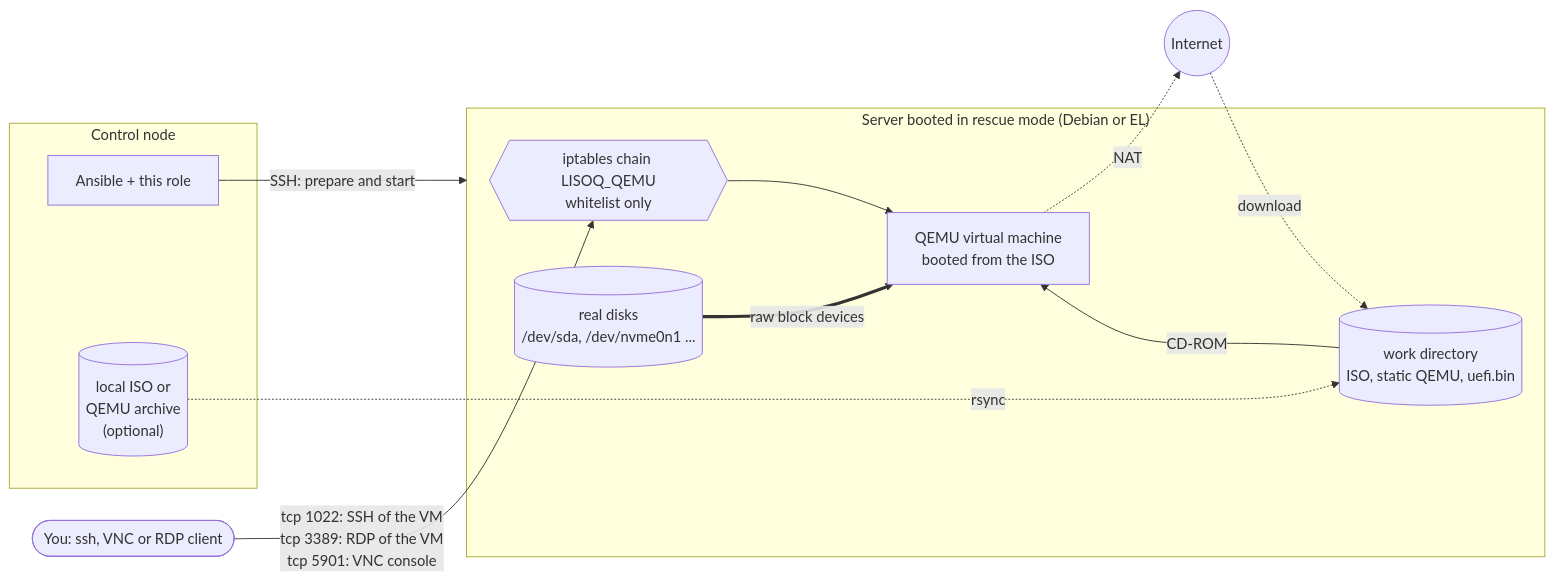
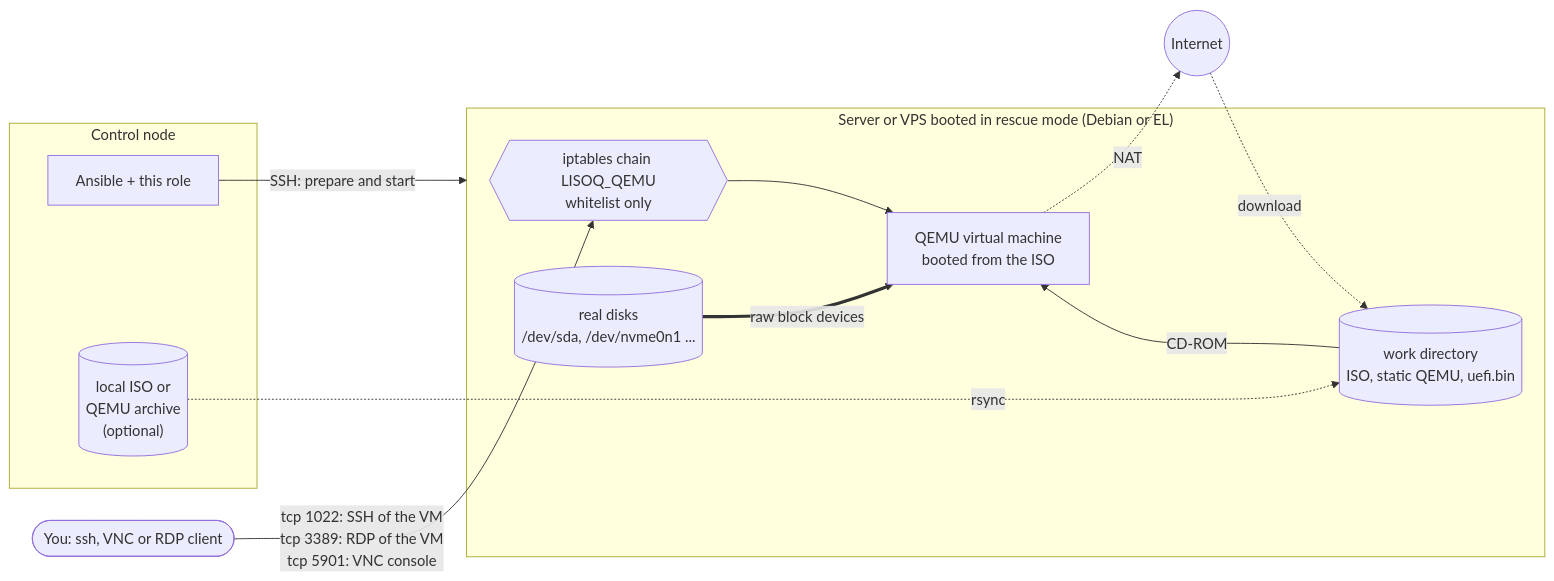
One commit to click0/ansible-linux-run-iso-in-qemu changed the first of 9 diagrams in README.md. Above: the diagram before and after it, drawn with Mermaid. The commit also changed other lines of this file and 1 other file, not shown here.

First line of the commit message:
README: VPS next to dedicated servers, a list of ISOs that fit the job

````diff
--- a/README.md
+++ b/README.md
@@ -15,22 +15,22 @@
 ```mermaid
 flowchart LR
     subgraph CN["Control node"]
         A["Ansible + this role"]
         LF[("local ISO or<br/>QEMU archive<br/>(optional)")]
     end
     OP(["You: ssh, VNC or RDP client"])
     NET(("Internet"))
-    subgraph SRV["Server booted in rescue mode (Debian or EL)"]
+    subgraph SRV["Server or VPS booted in rescue mode (Debian or EL)"]
         FW{{"iptables chain LISOQ_QEMU<br/>whitelist only"}}
         WD[("work directory<br/>ISO, static QEMU, uefi.bin")]
         VM["QEMU virtual machine<br/>booted from the ISO"]
         D[("real disks<br/>/dev/sda, /dev/nvme0n1 ...")]
     end
     A -- "SSH: prepare and start" --> SRV
     LF -. "rsync" .-> WD
     NET -. "download" .-> WD
     WD -- "CD-ROM" --> VM
     D == "raw block devices" ==> VM
     OP -- "tcp 1022: SSH of the VM<br/>tcp 3389: RDP of the VM<br/>tcp 5901: VNC console" --> FW --> VM
     VM -. "NAT" .-> NET
 ```
````
